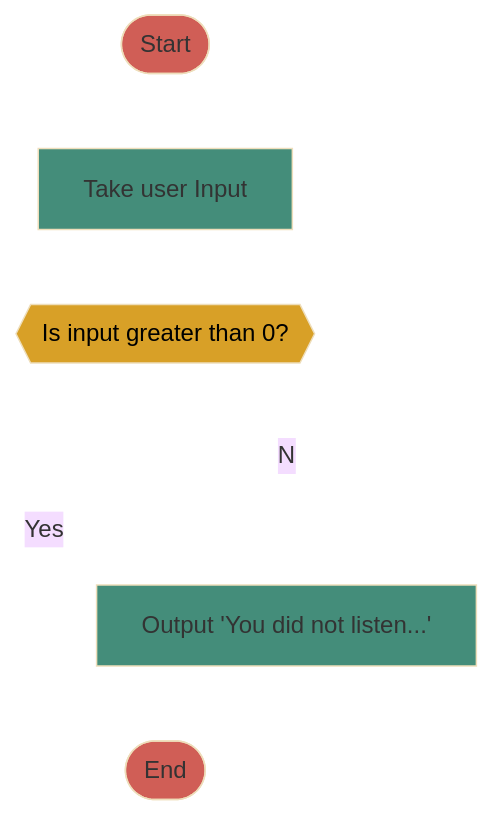
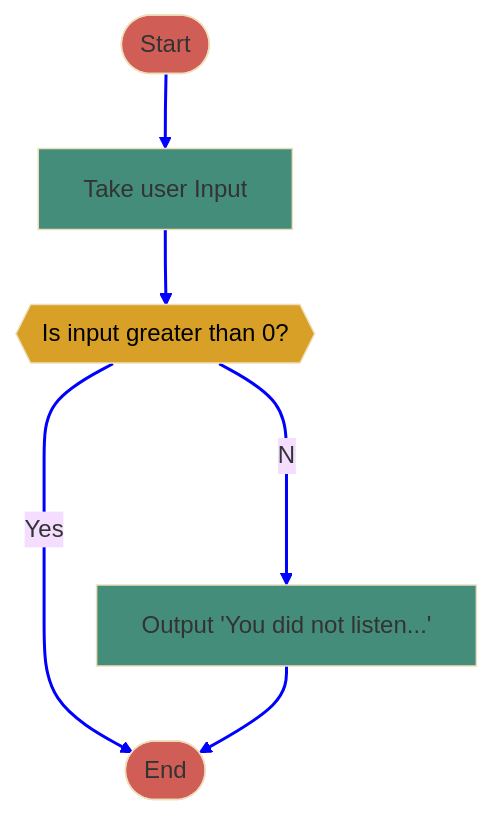
The first of 4 diagrams in docs/2022 Fall/CSE 2010-12(83648)/Week 3/2022-09-07 - C++ Control Flow with if-else statements.md (HokoraYinphineMPP/obsidian-git-sync), drawn with Mermaid (base theme) before and after one commit.

Commit message:
vault backup: 2023-02-11 19:34:59

````diff
--- a/docs/2022 Fall/CSE 2010-12(83648)/Week 3/2022-09-07 - C++ Control Flow with if-else statements.md
+++ b/docs/2022 Fall/CSE 2010-12(83648)/Week 3/2022-09-07 - C++ Control Flow with if-else statements.md
@@ -28,12 +28,12 @@
 ```mermaid
 graph TD;
     A([Start]):::Red-->B;
     B[Take user Input]:::Green-->C;
     C{{Is input greater than 0?}}:::Yellow--No-->D;
     C--Yes-->H([End]):::Red;
     D[Output 'You did not listen...']:::Green-->H;
 	classDef Red fill:#d05e56;
 	classDef Yellow fill:#d8a027, color:#000;
 	classDef Green fill:#448d7a;
-	linkStyle default stroke-width:2px,fill:none,stroke:white
+	linkStyle default stroke-width:2px,fill:none, stroke:blue
 ```
````
